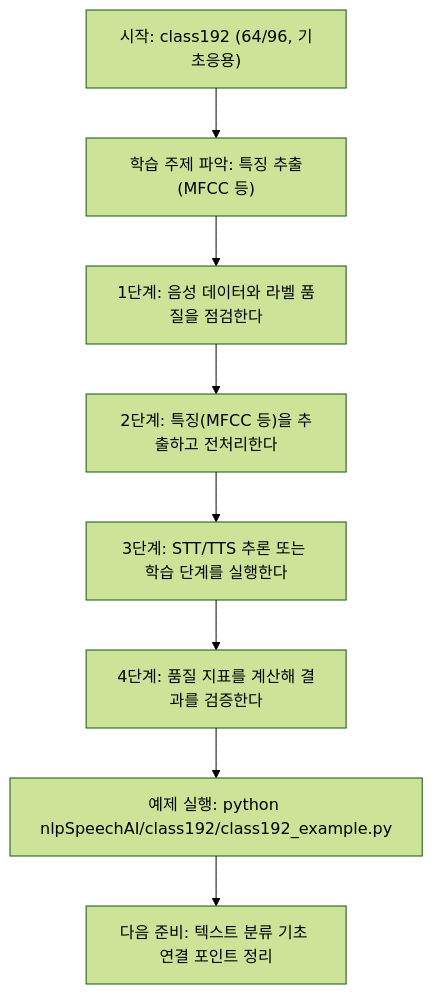
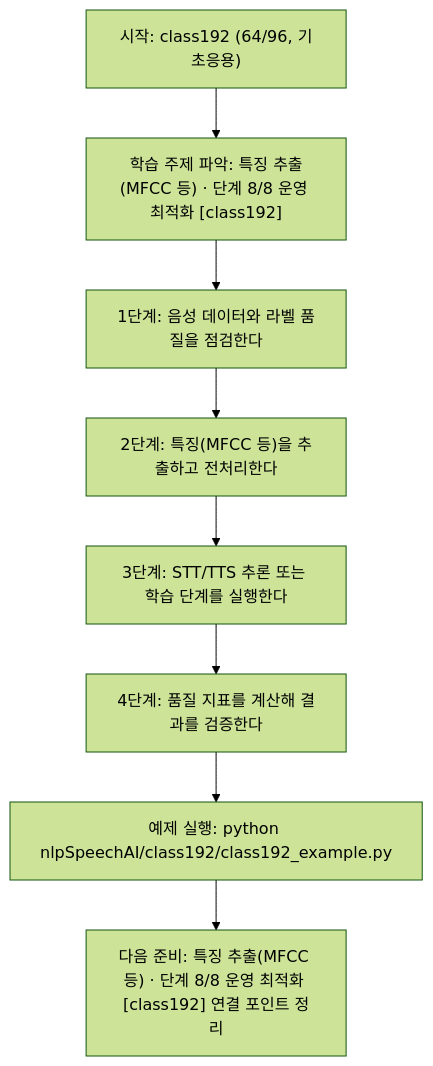
Before and after one commit to edumgt/Python-AI_Agent-Class: the diagram in nlpSpeechAI/class192/class192.md, drawn with Mermaid (forest theme). The commit also changed other lines of this file and 522 other files, not shown here.

````diff
--- a/nlpSpeechAI/class192/class192.md
+++ b/nlpSpeechAI/class192/class192.md
@@ -113,18 +114,18 @@
 ```mermaid
 flowchart TD
 N1["시작: class192 (64/96, 기초응용)"]
-N2["학습 주제 파악: 특징 추출(MFCC 등)"]
+N2["학습 주제 파악: 특징 추출(MFCC 등) · 단계 8/8 운영 최적화 [class192]"]
 N3["1단계: 음성 데이터와 라벨 품질을 점검한다"]
 N4["2단계: 특징(MFCC 등)을 추출하고 전처리한다"]
 N5["3단계: STT/TTS 추론 또는 학습 단계를 실행한다"]
 N6["4단계: 품질 지표를 계산해 결과를 검증한다"]
 N7["예제 실행: python nlpSpeechAI/class192/class192_example.py"]
-N8["다음 준비: 텍스트 분류 기초 연결 포인트 정리"]
+N8["다음 준비: 특징 추출(MFCC 등) · 단계 8/8 운영 최적화 [class192] 연결 포인트 정리"]
 N1 --> N2
 N2 --> N3
 N3 --> N4
 N4 --> N5
 N5 --> N6
 N6 --> N7
 N7 --> N8
 ```
````
